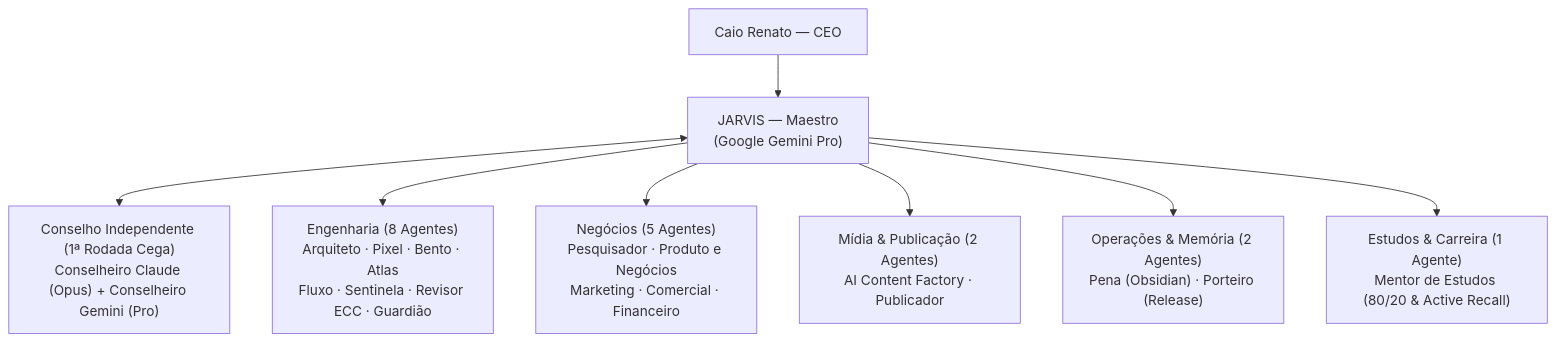
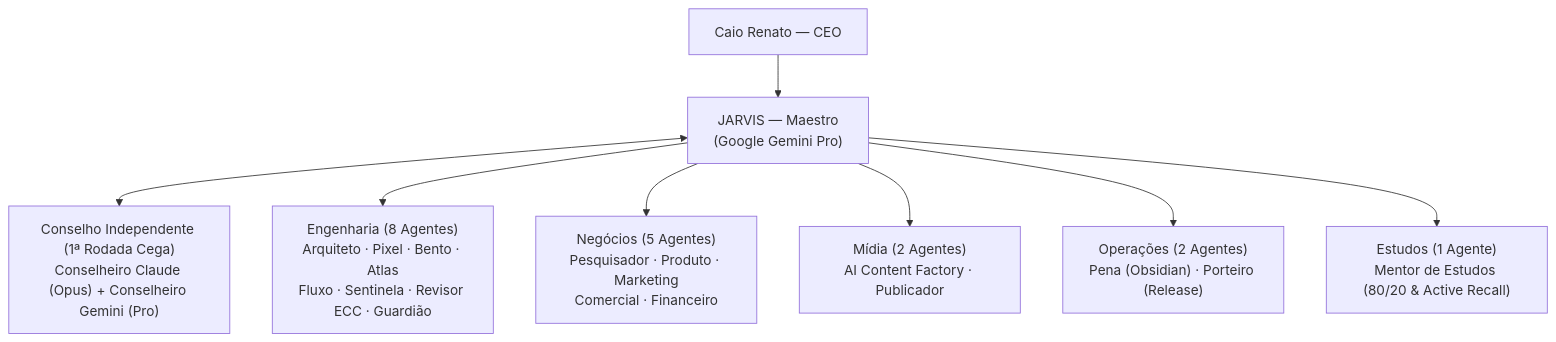
One commit to CaioRen4to/agent-company changed the diagram in README.md. Above: the diagram before and after it, drawn with Mermaid. The commit also changed other lines of this file and 11 other files, not shown here.

````diff
--- a/README.md
+++ b/README.md
@@ -70,12 +42,12 @@
 ```mermaid
 flowchart TD
     CEO["Caio Renato — CEO"] --> J["JARVIS — Maestro<br/>(Google Gemini Pro)"]
 
     J <--> C["Conselho Independente (1ª Rodada Cega)<br/>Conselheiro Claude (Opus) + Conselheiro Gemini (Pro)"]
 
     J --> E["Engenharia (8 Agentes)<br/>Arquiteto · Pixel · Bento · Atlas<br/>Fluxo · Sentinela · Revisor ECC · Guardião"]
-    J --> N["Negócios (5 Agentes)<br/>Pesquisador · Produto e Negócios<br/>Marketing · Comercial · Financeiro"]
-    J --> M["Mídia & Publicação (2 Agentes)<br/>AI Content Factory · Publicador"]
-    J --> O["Operações & Memória (2 Agentes)<br/>Pena (Obsidian) · Porteiro (Release)"]
-    J --> S["Estudos & Carreira (1 Agente)<br/>Mentor de Estudos (80/20 & Active Recall)"]
+    J --> N["Negócios (5 Agentes)<br/>Pesquisador · Produto · Marketing<br/>Comercial · Financeiro"]
+    J --> M["Mídia (2 Agentes)<br/>AI Content Factory · Publicador"]
+    J --> O["Operações (2 Agentes)<br/>Pena (Obsidian) · Porteiro (Release)"]
+    J --> S["Estudos (1 Agente)<br/>Mentor de Estudos (80/20 & Active Recall)"]
 ```
````
